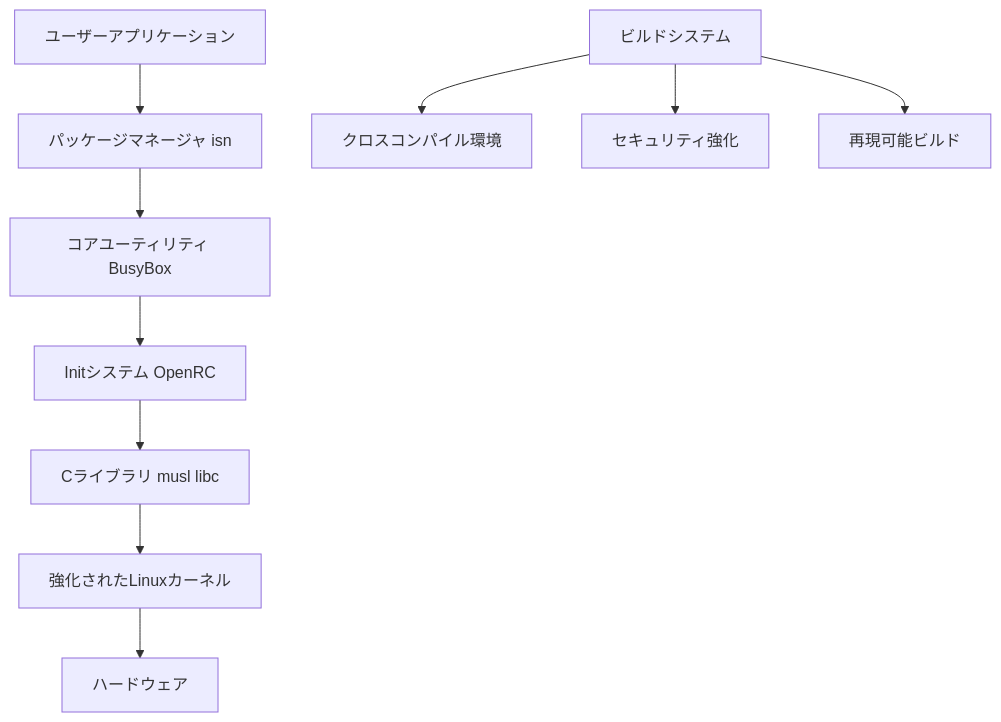
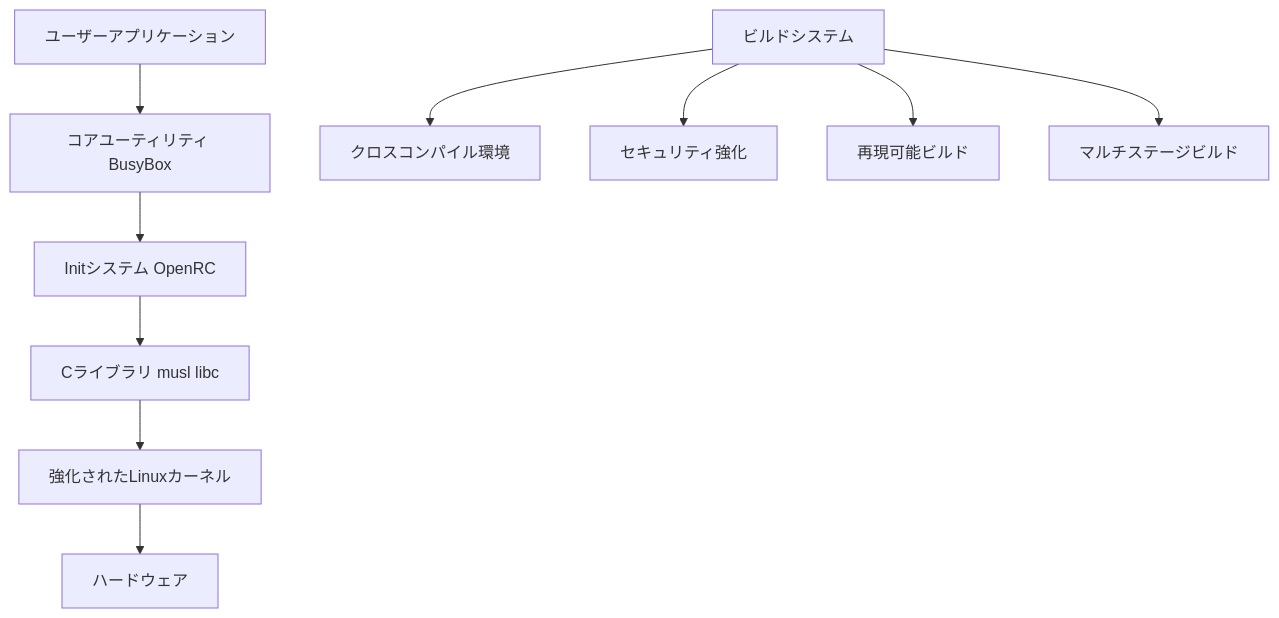
One commit to Kazuki-0731/Kimigayo changed the diagram in .kiro/specs/kimigayo-os-core/design.md. Above: the diagram before and after it, drawn with Mermaid. The commit also changed other lines of this file and 23 other files, not shown here.

````diff
--- a/.kiro/specs/kimigayo-os-core/design.md
+++ b/.kiro/specs/kimigayo-os-core/design.md
@@ -18,13 +18,13 @@
 ```mermaid
 graph TB
-    A[ユーザーアプリケーション] --> B[パッケージマネージャ isn]
-    B --> C[コアユーティリティ BusyBox]
+    A[ユーザーアプリケーション] --> C[コアユーティリティ BusyBox]
     C --> D[Initシステム OpenRC]
     D --> E[Cライブラリ musl libc]
     E --> F[強化されたLinuxカーネル]
     F --> G[ハードウェア]
-    
+
     H[ビルドシステム] --> I[クロスコンパイル環境]
     H --> J[セキュリティ強化]
     H --> K[再現可能ビルド]
+    H --> L[マルチステージビルド]
 ```
````
